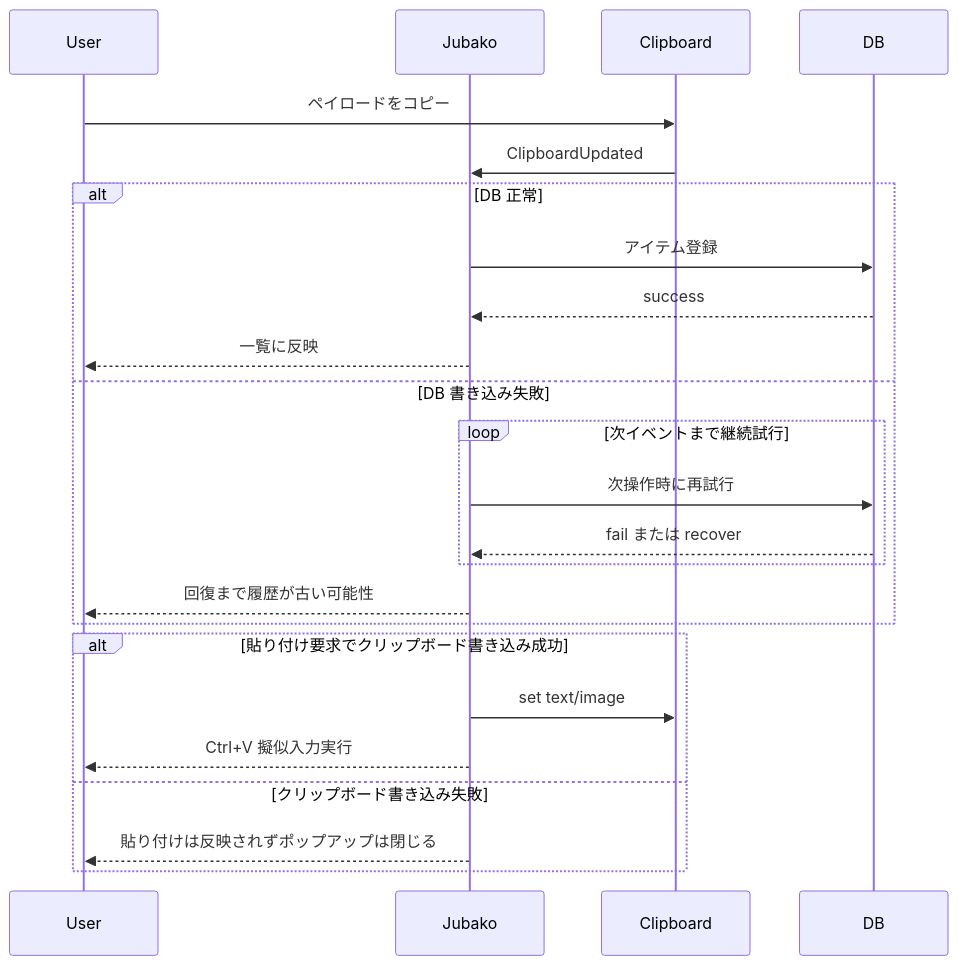
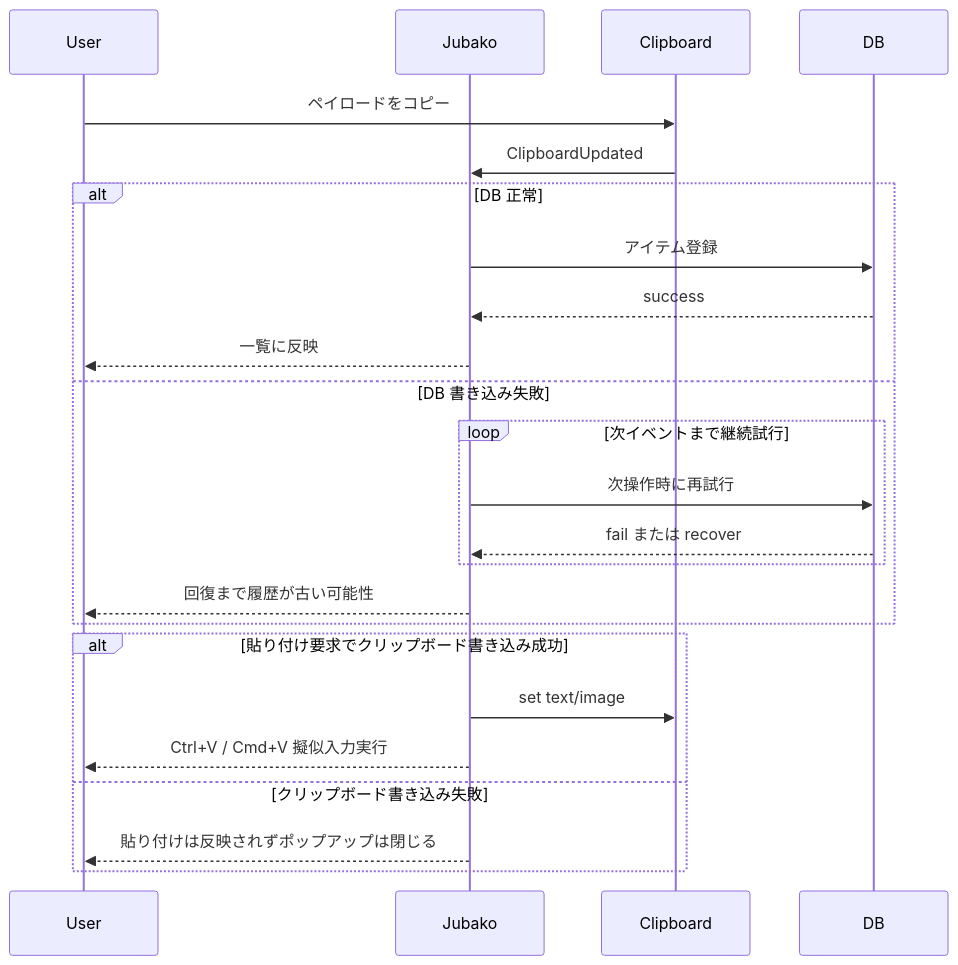
One commit to puuuii/Jubako changed the diagram in docs/architecture/04_behaviors/fault-tolerance.md. Above: the diagram before and after it, drawn with Mermaid. The commit also changed other lines of this file and 25 other files, not shown here.

````diff
--- a/docs/architecture/04_behaviors/fault-tolerance.md
+++ b/docs/architecture/04_behaviors/fault-tolerance.md
@@ -19,29 +20,29 @@
 ```mermaid
 sequenceDiagram
     participant User
     participant Jubako
     participant Clipboard
     participant DB
 
     User->>Clipboard: ペイロードをコピー
     Clipboard->>Jubako: ClipboardUpdated
 
     alt DB 正常
         Jubako->>DB: アイテム登録
         DB-->>Jubako: success
         Jubako-->>User: 一覧に反映
     else DB 書き込み失敗
         loop 次イベントまで継続試行
             Jubako->>DB: 次操作時に再試行
             DB-->>Jubako: fail または recover
         end
         Jubako-->>User: 回復まで履歴が古い可能性
     end
 
     alt 貼り付け要求でクリップボード書き込み成功
         Jubako->>Clipboard: set text/image
-        Jubako-->>User: Ctrl+V 擬似入力実行
+        Jubako-->>User: Ctrl+V / Cmd+V 擬似入力実行
     else クリップボード書き込み失敗
         Jubako-->>User: 貼り付けは反映されずポップアップは閉じる
     end
 ```
````
